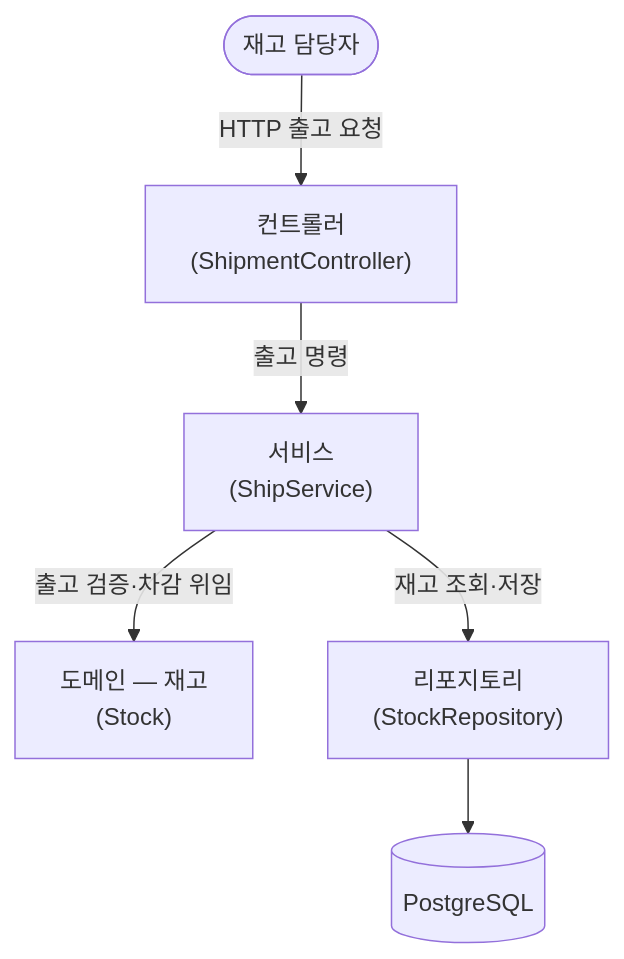
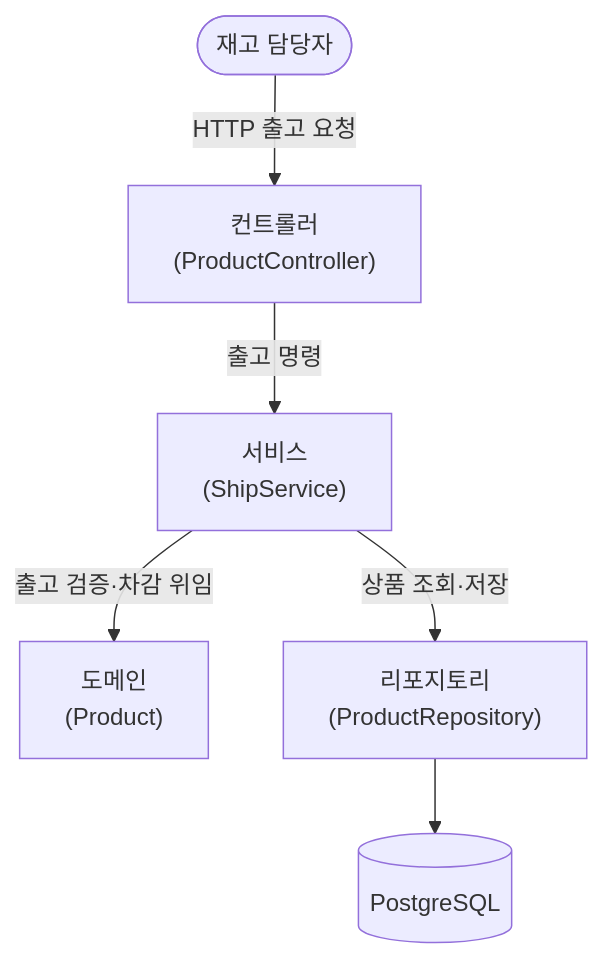
One commit to JuJin1324/assignment-inventory-management changed the diagram in docs/modeling/structure-ship.md. Above: the diagram before and after it, drawn with Mermaid. The commit also changed other lines of this file and 4 other files, not shown here.

````diff
--- a/docs/modeling/structure-ship.md
+++ b/docs/modeling/structure-ship.md
@@ -3,15 +3,15 @@
 ```mermaid
 graph TD
     Staff([재고 담당자])
-    Controller["컨트롤러<br/>(ShipmentController)"]
+    Controller["컨트롤러<br/>(ProductController)"]
     Service["서비스<br/>(ShipService)"]
-    Domain["도메인 — 재고<br/>(Stock)"]
-    Repo["리포지토리<br/>(StockRepository)"]
+    Domain["도메인<br/>(Product)"]
+    Repo["리포지토리<br/>(ProductRepository)"]
     DB[(PostgreSQL)]
 
     Staff -->|HTTP 출고 요청| Controller
     Controller -->|출고 명령| Service
     Service -->|출고 검증·차감 위임| Domain
-    Service -->|재고 조회·저장| Repo
+    Service -->|상품 조회·저장| Repo
     Repo --> DB
 ```
````
